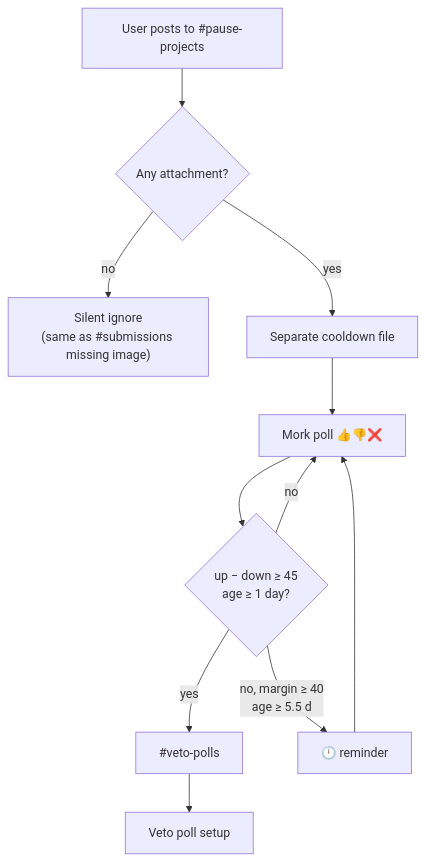
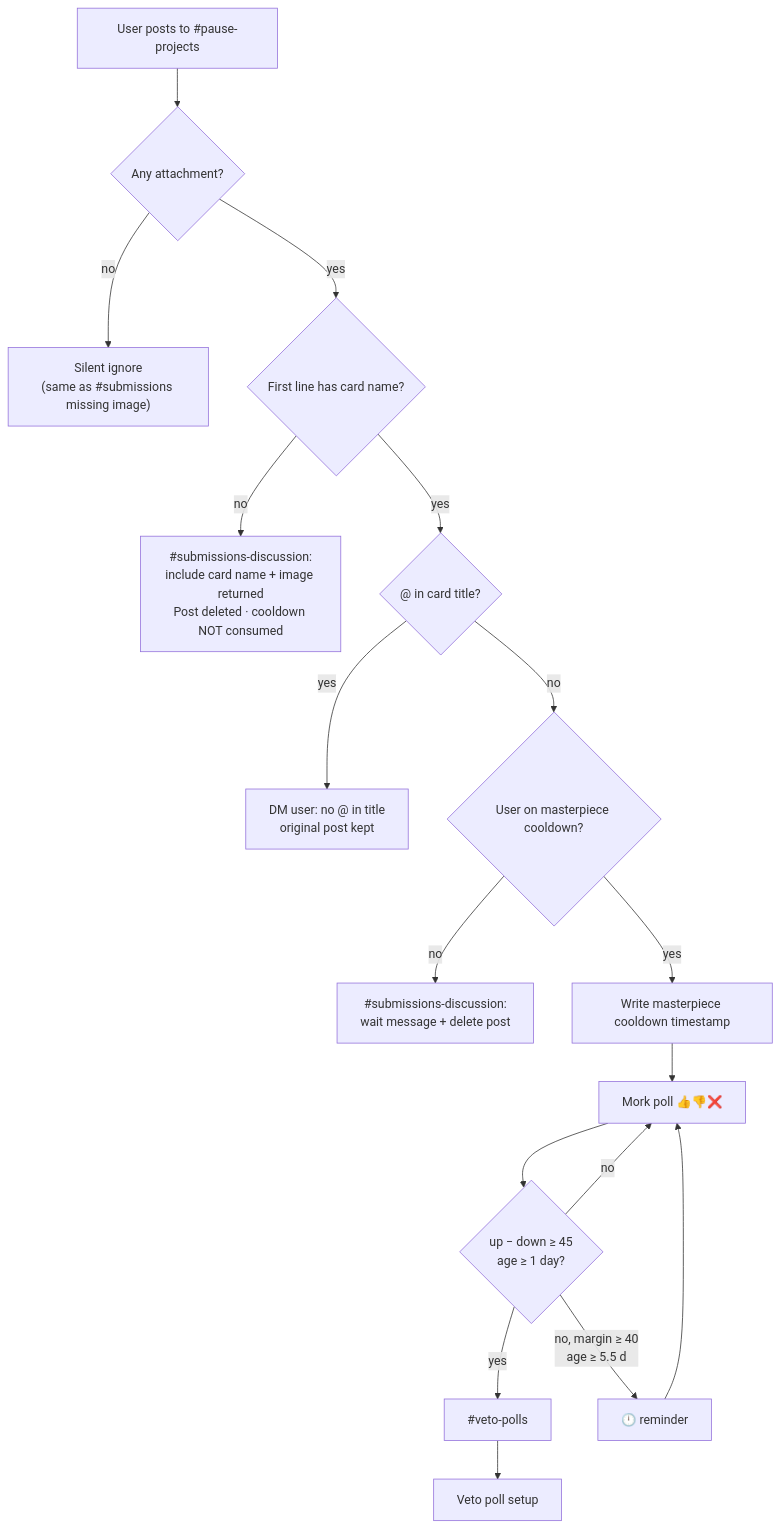
One commit to bones-bones/mork changed the third of 6 diagrams in docs/card-flows/submissions.md. Above: the diagram before and after it, drawn with Mermaid. The commit also changed other lines of this file and 7 other files, not shown here.

````diff
--- a/docs/card-flows/submissions.md
+++ b/docs/card-flows/submissions.md
@@ -81,13 +83,19 @@
 ```mermaid
 flowchart TD
   U["User posts to #pause-projects"] --> ATT{"Any attachment?"}
   ATT -->|no| MISS["Silent ignore<br/>(same as #submissions missing image)"]
-  ATT -->|yes| CD["Separate cooldown file"]
-  CD --> POLL["Mork poll 👍👎❌"]
+  ATT -->|yes| NAME{"First line has card name?"}
+  NAME -->|no| NONAME["#submissions-discussion:<br/>include card name + image returned<br/>Post deleted · cooldown NOT consumed"]
+  NAME -->|yes| PING{"@ in card title?"}
+  PING -->|yes| DM["DM user: no @ in title<br/>original post kept"]
+  PING -->|no| CD{"User on masterpiece cooldown?"}
+  CD -->|no| WAIT["#submissions-discussion:<br/>wait message + delete post"]
+  CD -->|yes| COOL["Write masterpiece cooldown timestamp"]
+  COOL --> POLL["Mork poll 👍👎❌"]
   POLL --> CHK{"up − down ≥ 45<br/>age ≥ 1 day?"}
   CHK -->|yes| VP["#veto-polls"]
   VP --> HVP["Veto poll setup"]
   CHK -->|no, margin ≥ 40<br/>age ≥ 5.5 d| REM["🕛 reminder"]
   REM --> POLL
   CHK -->|no| POLL
 ```
````
